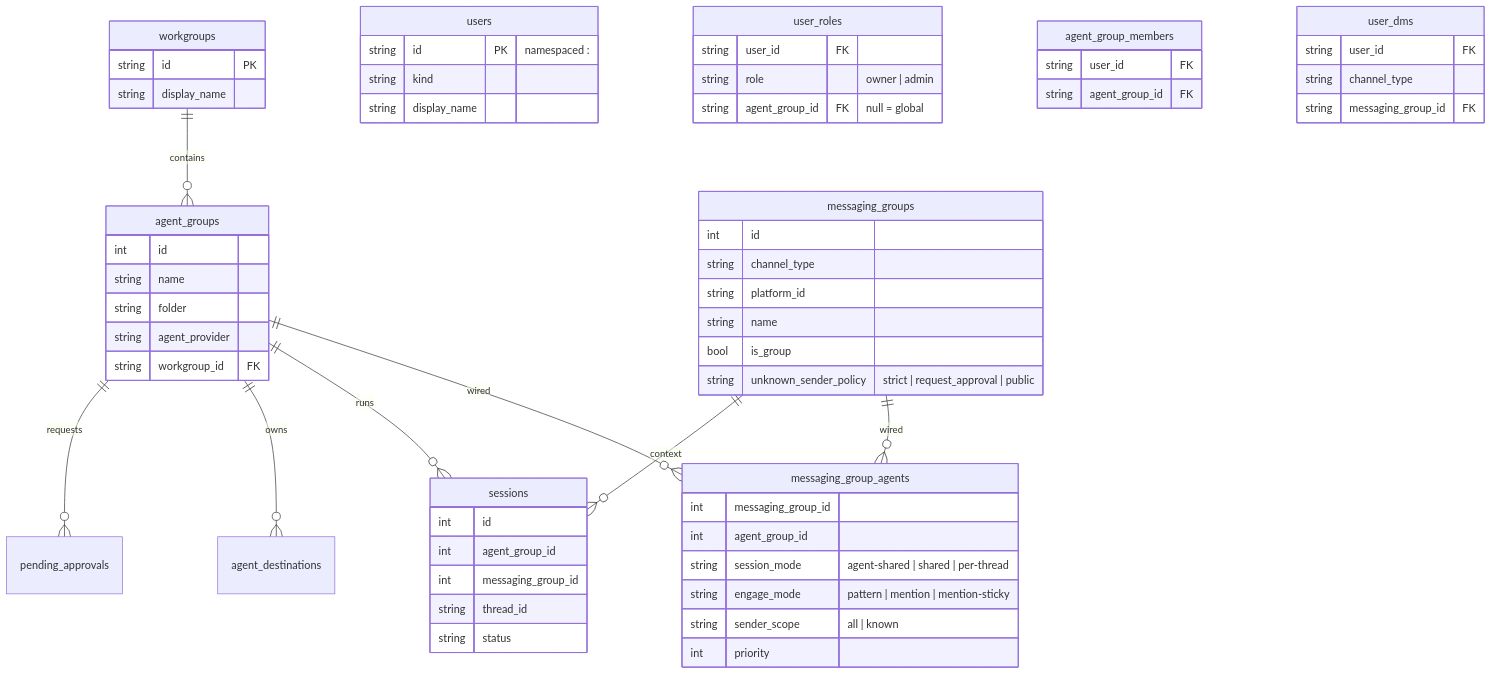
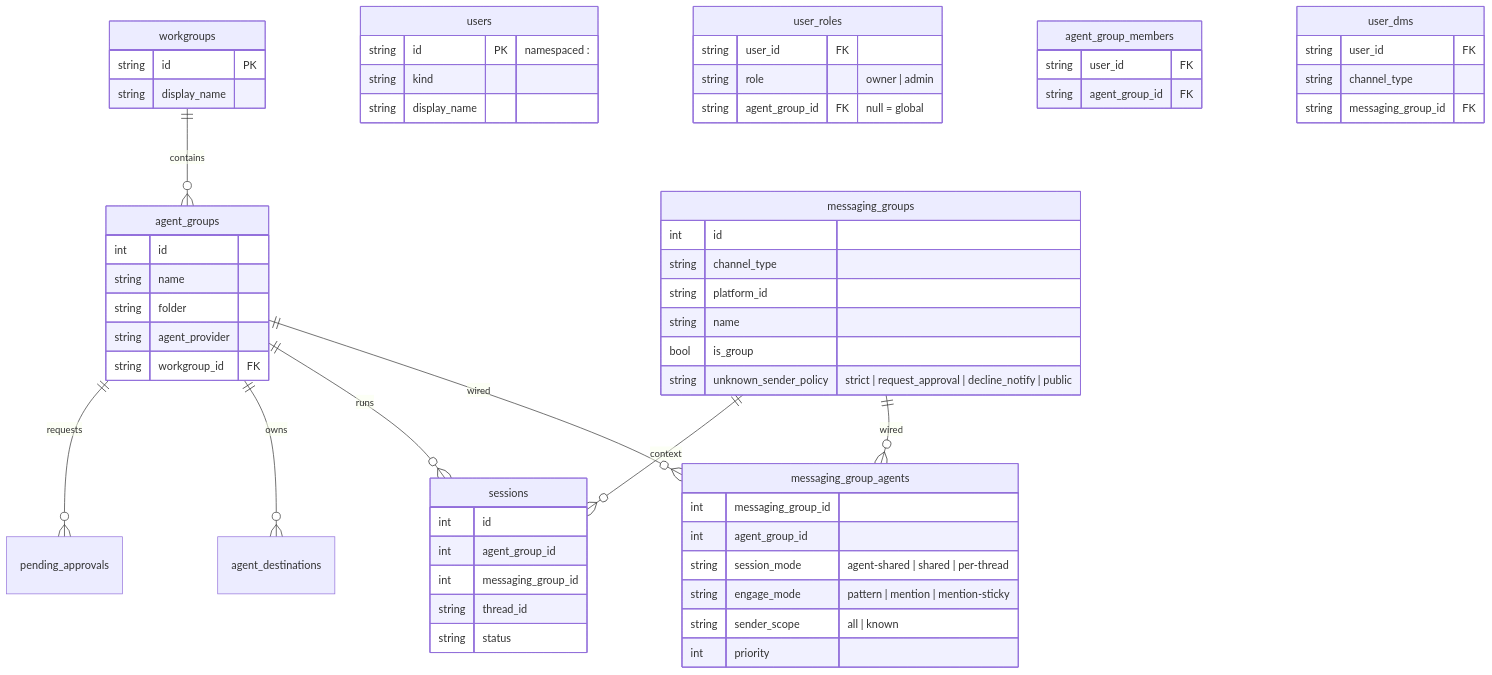
The fourth of 5 diagrams in docs/architecture-diagram.md (davekim917/nanoclaw), drawn with Mermaid before and after one commit. The commit also changed 6 other files, not shown here.

First line of the commit message:
fix(permissions): thread the decline, document the fourth sender policy

````diff
--- a/docs/architecture-diagram.md
+++ b/docs/architecture-diagram.md
@@ -134,64 +134,64 @@
 ```mermaid
 erDiagram
   workgroups ||--o{ agent_groups : contains
   agent_groups ||--o{ messaging_group_agents : wired
   messaging_groups ||--o{ messaging_group_agents : wired
   agent_groups ||--o{ sessions : runs
   messaging_groups ||--o{ sessions : context
   agent_groups ||--o{ agent_destinations : owns
   agent_groups ||--o{ pending_approvals : requests
 
   workgroups {
     string id PK
     string display_name
   }
   agent_groups {
     int id
     string name
     string folder
     string agent_provider
     string workgroup_id FK
   }
   messaging_groups {
     int id
     string channel_type
     string platform_id
     string name
     bool is_group
-    string unknown_sender_policy "strict | request_approval | public"
+    string unknown_sender_policy "strict | request_approval | decline_notify | public"
   }
   users {
     string id PK "namespaced <channel>:<handle>"
     string kind
     string display_name
   }
   user_roles {
     string user_id FK
     string role "owner | admin"
     string agent_group_id FK "null = global"
   }
   agent_group_members {
     string user_id FK
     string agent_group_id FK
   }
   user_dms {
     string user_id FK
     string channel_type
     string messaging_group_id FK
   }
   messaging_group_agents {
     int messaging_group_id
     int agent_group_id
     string session_mode "agent-shared | shared | per-thread"
     string engage_mode "pattern | mention | mention-sticky"
     string sender_scope "all | known"
     int priority
   }
   sessions {
     int id
     int agent_group_id
     int messaging_group_id
     string thread_id
     string status
   }
 ```
````
